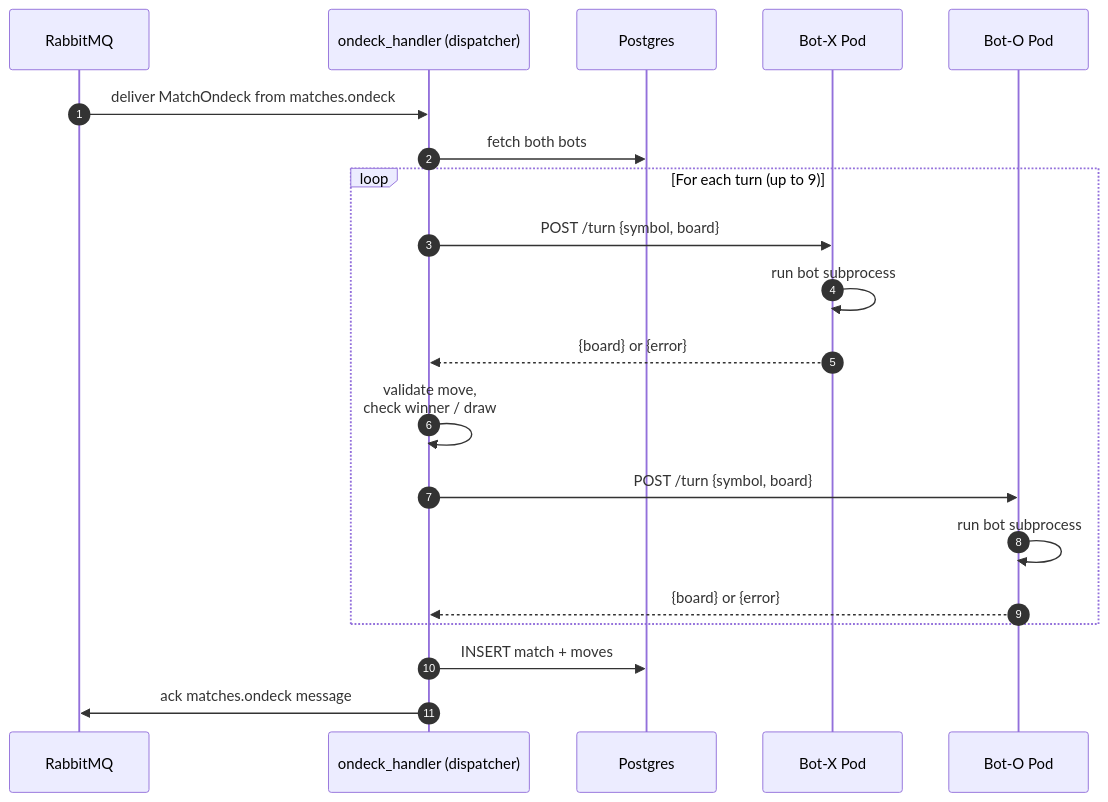
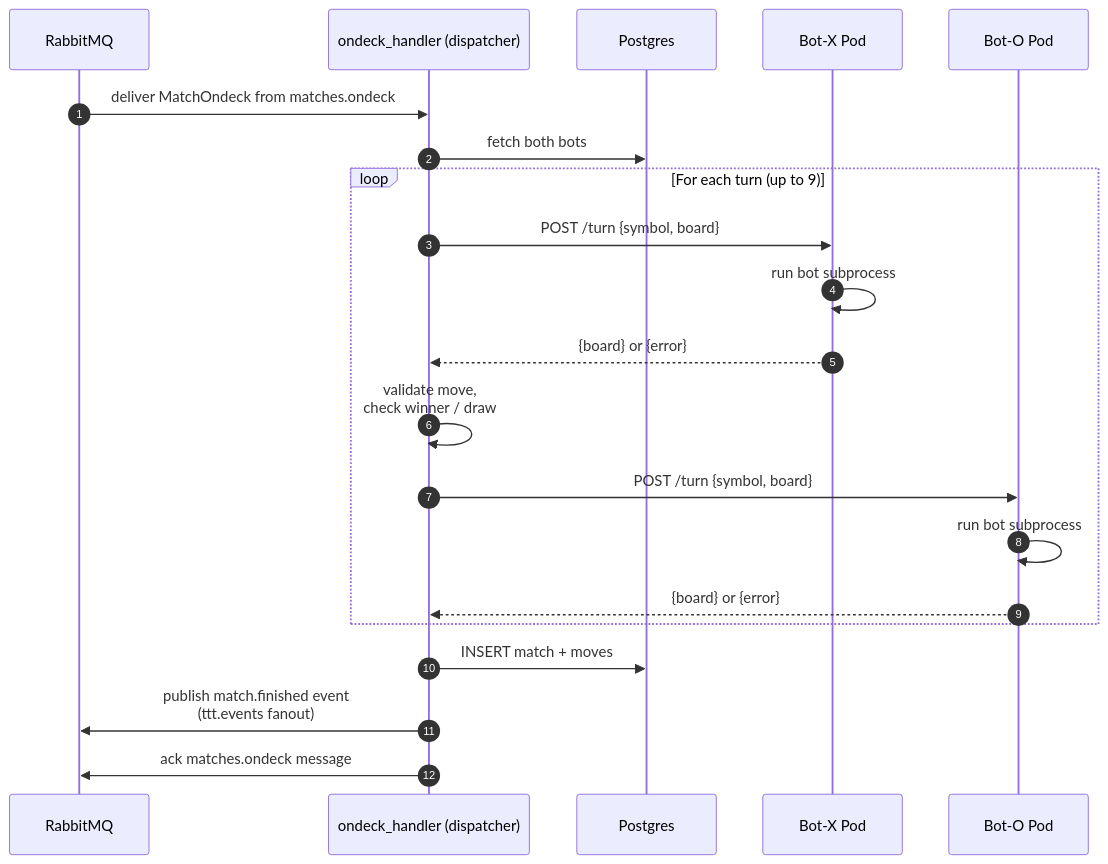
One commit to pyowa/june-2026-tictactoe-bots changed the fifth of 6 diagrams in README.md. Above: the diagram before and after it, drawn with Mermaid. The commit also changed other lines of this file, not shown here.

````diff
--- a/README.md
+++ b/README.md
@@ -249,25 +254,26 @@
 ```mermaid
 sequenceDiagram
     autonumber
     participant RMQ as RabbitMQ
     participant OH as ondeck_handler (dispatcher)
     participant DB as Postgres
     participant PodX as Bot-X Pod
     participant PodO as Bot-O Pod
 
     RMQ->>OH: deliver MatchOndeck from matches.ondeck
     OH->>DB: fetch both bots
 
     loop For each turn (up to 9)
         OH->>PodX: POST /turn {symbol, board}
         PodX->>PodX: run bot subprocess
         PodX-->>OH: {board} or {error}
         OH->>OH: validate move,<br/>check winner / draw
         OH->>PodO: POST /turn {symbol, board}
         PodO->>PodO: run bot subprocess
         PodO-->>OH: {board} or {error}
     end
 
     OH->>DB: INSERT match + moves
+    OH->>RMQ: publish match.finished event<br/>(ttt.events fanout)
     OH->>RMQ: ack matches.ondeck message
 ```
````
